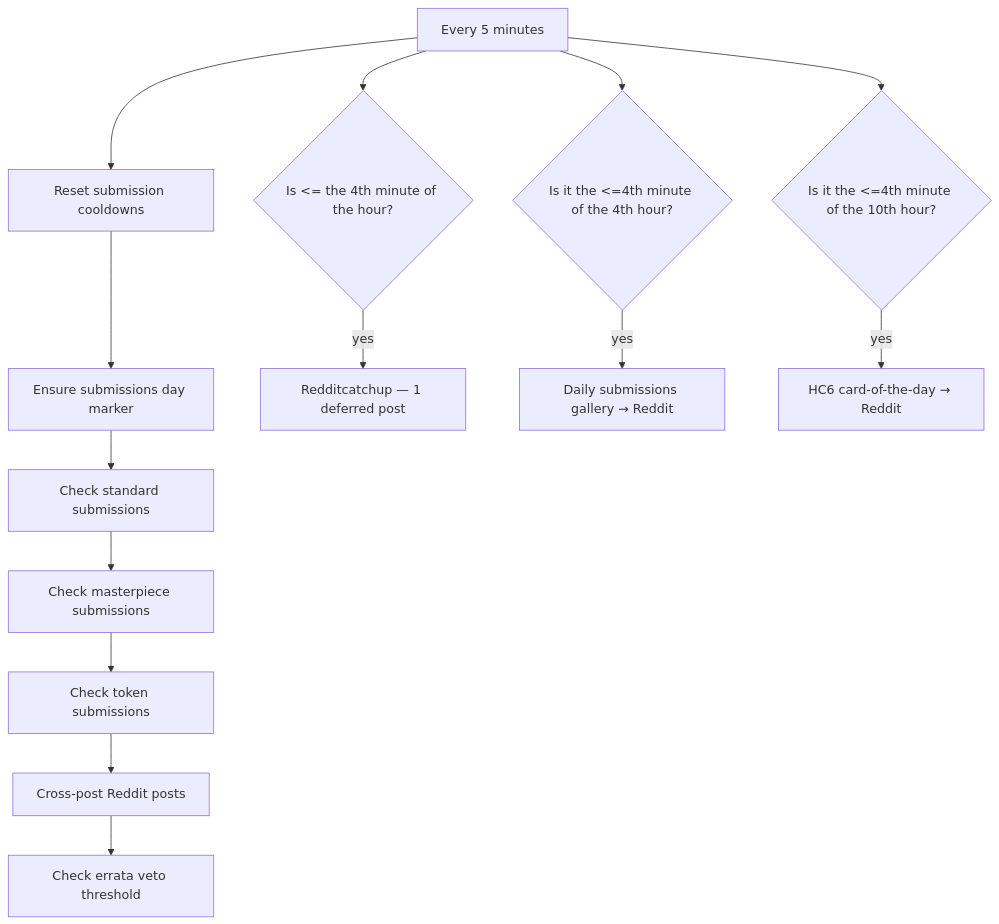
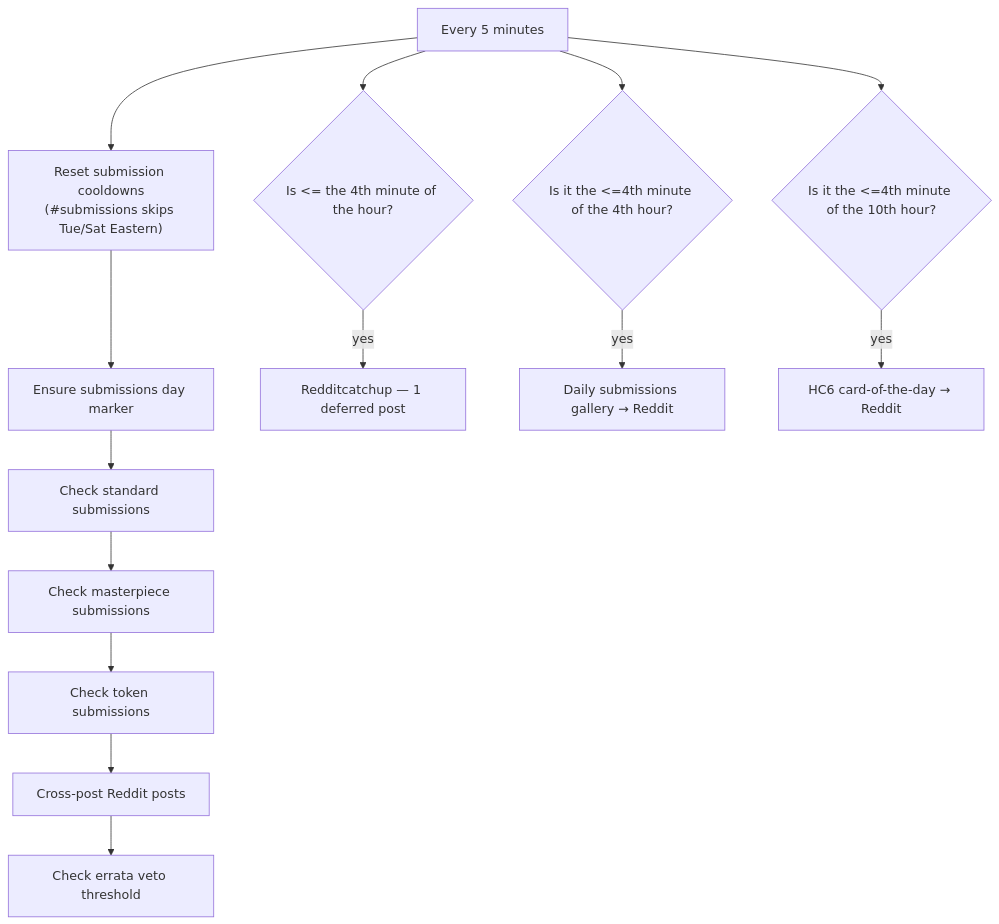
Before and after one commit to bones-bones/mork: the first of 5 diagrams in docs/card-flows/background.md, drawn with Mermaid. The commit also changed other lines of this file and 6 other files, not shown here.

First line of the commit message:
Close #submissions all day Tuesday and Saturday Eastern.

````diff
--- a/docs/card-flows/background.md
+++ b/docs/card-flows/background.md
@@ -9,17 +9,17 @@
 ```mermaid
 flowchart TD
-  LOOP["Every 5 minutes"] --> R1["Reset submission cooldowns"]
+  LOOP["Every 5 minutes"] --> R1["Reset submission cooldowns<br/>(#submissions skips Tue/Sat Eastern)"]
   R1 --> R2["Ensure submissions day marker"]
   R2 --> R3["Check standard submissions"]
   R3 --> R4["Check masterpiece submissions"]
   R4 --> R5["Check token submissions"]
   R5 --> R6["Cross-post Reddit posts"]
   R6 --> R7["Check errata veto threshold"]
 
   LOOP --> T0{"Is <= the 4th minute of the hour?"}
   T0 -->|yes| RC["Redditcatchup — 1 deferred post"]
   LOOP --> T1{"Is it the <=4th minute of the 4th hour?"}
   T1 -->|yes| GAL["Daily submissions gallery → Reddit"]
   LOOP --> T2{"Is it the <=4th minute of the 10th hour?"}
   T2 -->|yes| COTD["HC6 card-of-the-day → Reddit"]
 ```
````
